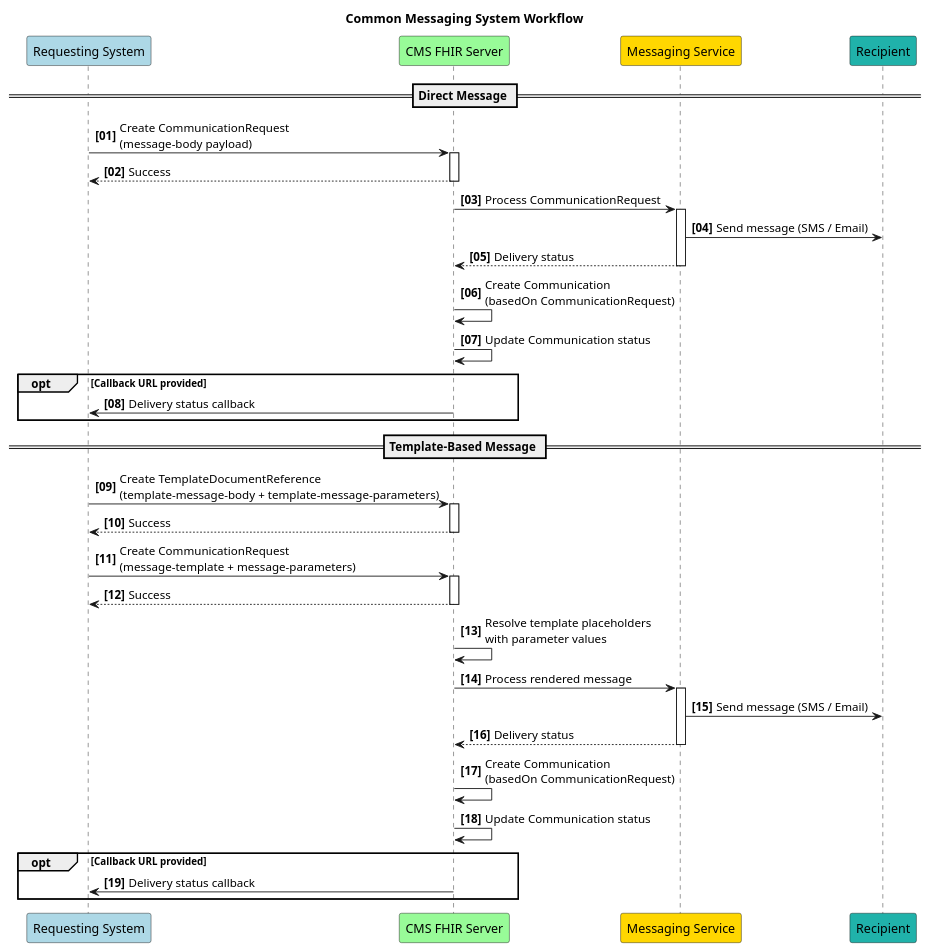
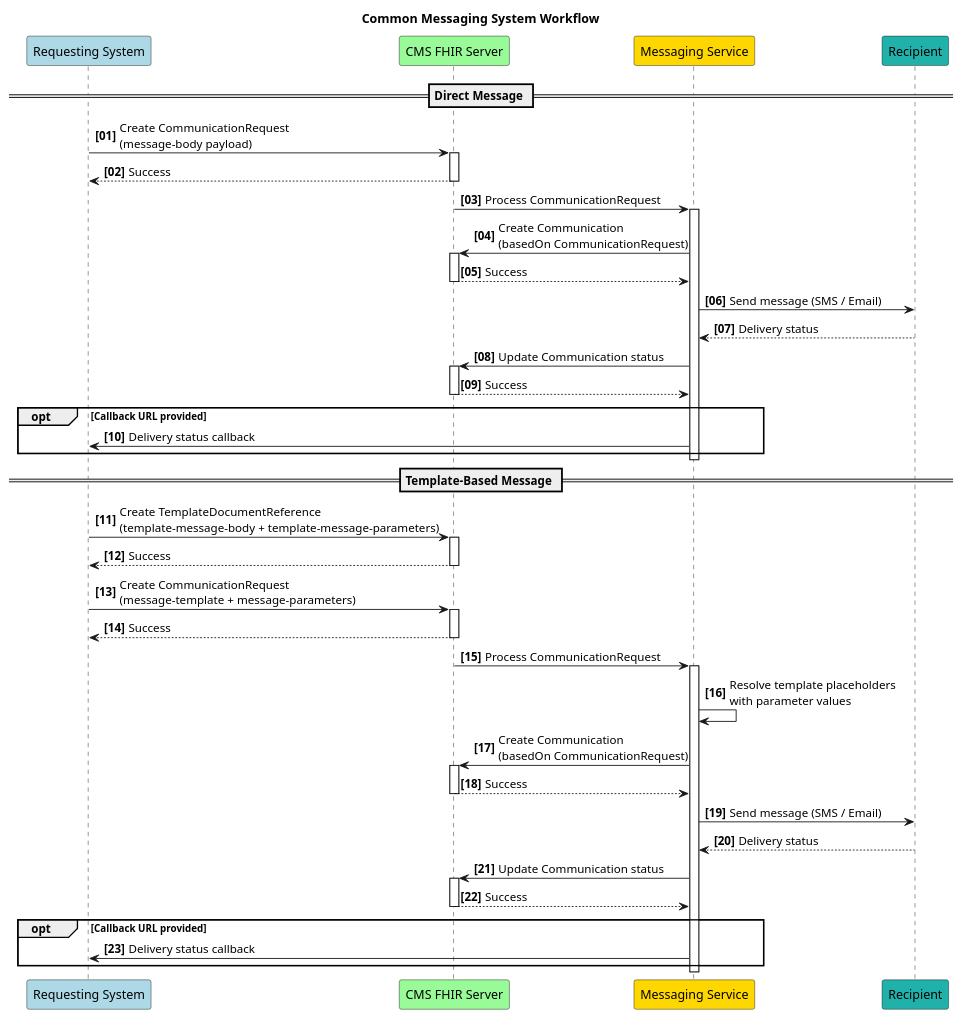
One commit to tewhatuora/cinc-fhir-ig changed the diagram in input/images-source/cms-workflow.plantuml. Above: the diagram before and after it, drawn with PlantUML.

```diff
--- a/input/images-source/cms-workflow.plantuml
+++ b/input/images-source/cms-workflow.plantuml
@@ -1,46 +1,62 @@
 @startuml
 autonumber "<b>[00]"
 Participant "Requesting System" as r #lightblue
 participant "CMS FHIR Server" as s #palegreen
 participant "Messaging Service" as m #gold
 Participant "Recipient" as rec #LightSeaGreen
 
 title Common Messaging System Workflow
 
 == Direct Message ==
 
 r -> s++: Create CommunicationRequest\n(message-body payload)
-return Success
+s --> r: Success
+deactivate s
 
 s -> m++: Process CommunicationRequest
+m -> s++: Create Communication\n(basedOn CommunicationRequest)
+s --> m: Success
+deactivate s
+
 m -> rec: Send message (SMS / Email)
-return Delivery status
+rec --> m: Delivery status
 
-s -> s: Create Communication\n(basedOn CommunicationRequest)
-s -> s: Update Communication status
+m -> s++: Update Communication status
+s --> m: Success
+deactivate s
 
 opt Callback URL provided
-  s -> r: Delivery status callback
+  m -> r: Delivery status callback
 end
+deactivate m
 
 == Template-Based Message ==
 
 r -> s++: Create TemplateDocumentReference\n(template-message-body + template-message-parameters)
-return Success
+s --> r: Success
+deactivate s
 
 r -> s++: Create CommunicationRequest\n(message-template + message-parameters)
-return Success
+s --> r: Success
+deactivate s
 
-s -> s: Resolve template placeholders\nwith parameter values
-s -> m++: Process rendered message
+s -> m++: Process CommunicationRequest
+m -> m: Resolve template placeholders\nwith parameter values
+
+m -> s++: Create Communication\n(basedOn CommunicationRequest)
+s --> m: Success
+deactivate s
+
 m -> rec: Send message (SMS / Email)
-return Delivery status
+rec --> m: Delivery status
 
-s -> s: Create Communication\n(basedOn CommunicationRequest)
-s -> s: Update Communication status
+m -> s++: Update Communication status
+s --> m: Success
+deactivate s
 
 opt Callback URL provided
-  s -> r: Delivery status callback
+  m -> r: Delivery status callback
 end
+deactivate m
 
 @enduml
```
